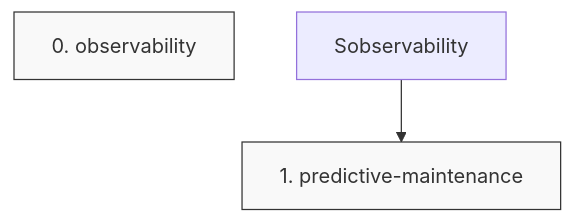
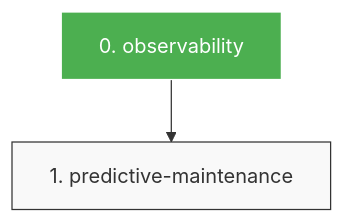
The diagram in phases/5-hardening/DAG.md (masondev1024/robot-data-pipeline), drawn with Mermaid before and after one commit. The commit also changed 1 other file, not shown here.

Commit message:
feat(5-hardening): step 1 — predictive-maintenance

````diff
--- a/phases/5-hardening/DAG.md
+++ b/phases/5-hardening/DAG.md
@@ -3,12 +3,12 @@
 ```mermaid
 graph TD
   classDef completed fill:#4CAF50,stroke:#fff,color:#fff;
   classDef pending fill:#f9f9f9,stroke:#333;
   classDef error fill:#f44336,stroke:#fff,color:#fff;
   classDef blocked fill:#FF9800,stroke:#fff,color:#fff;
   S0["0. observability"]
-  class S0 pending;
+  class S0 completed;
   S1["1. predictive-maintenance"]
   class S1 pending;
-  Sobservability --> S1
+  S0 --> S1
 ```
````
